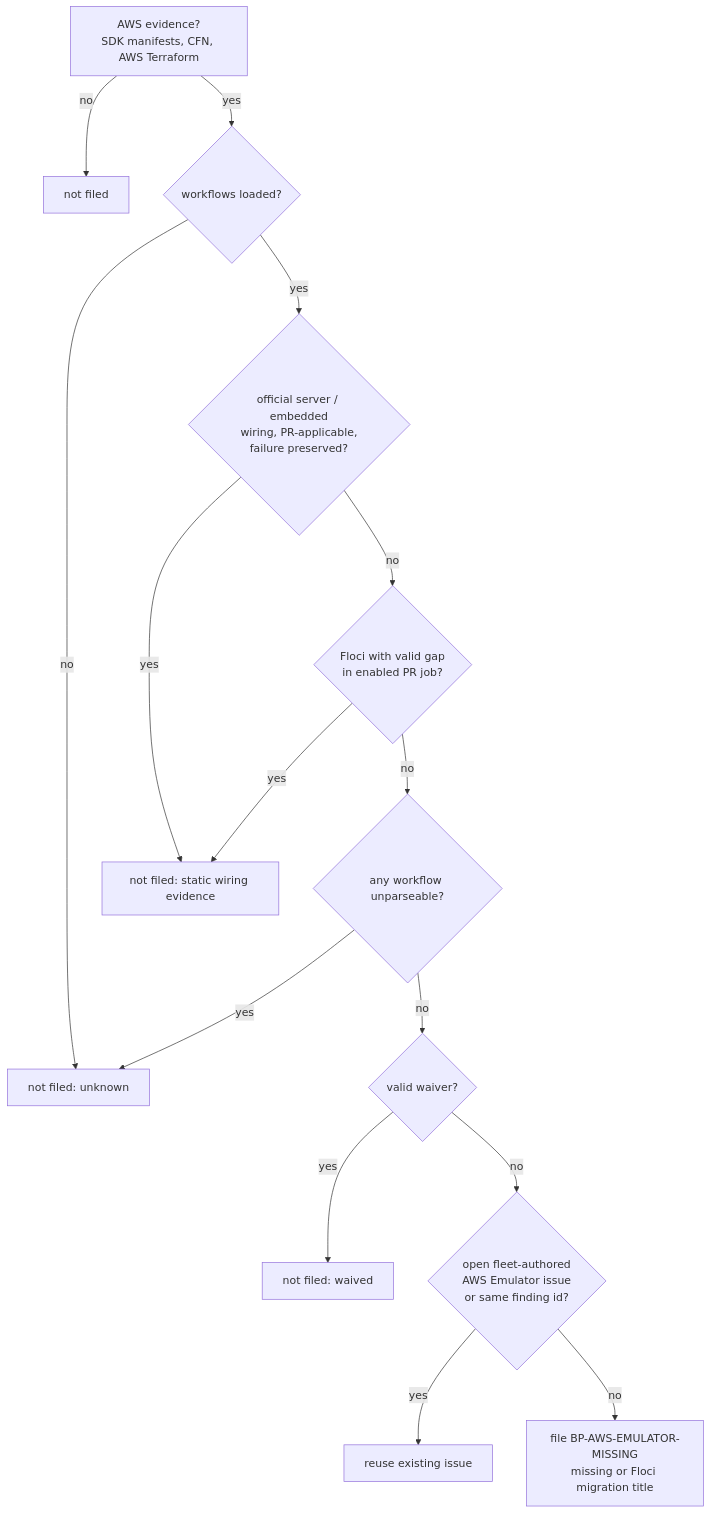
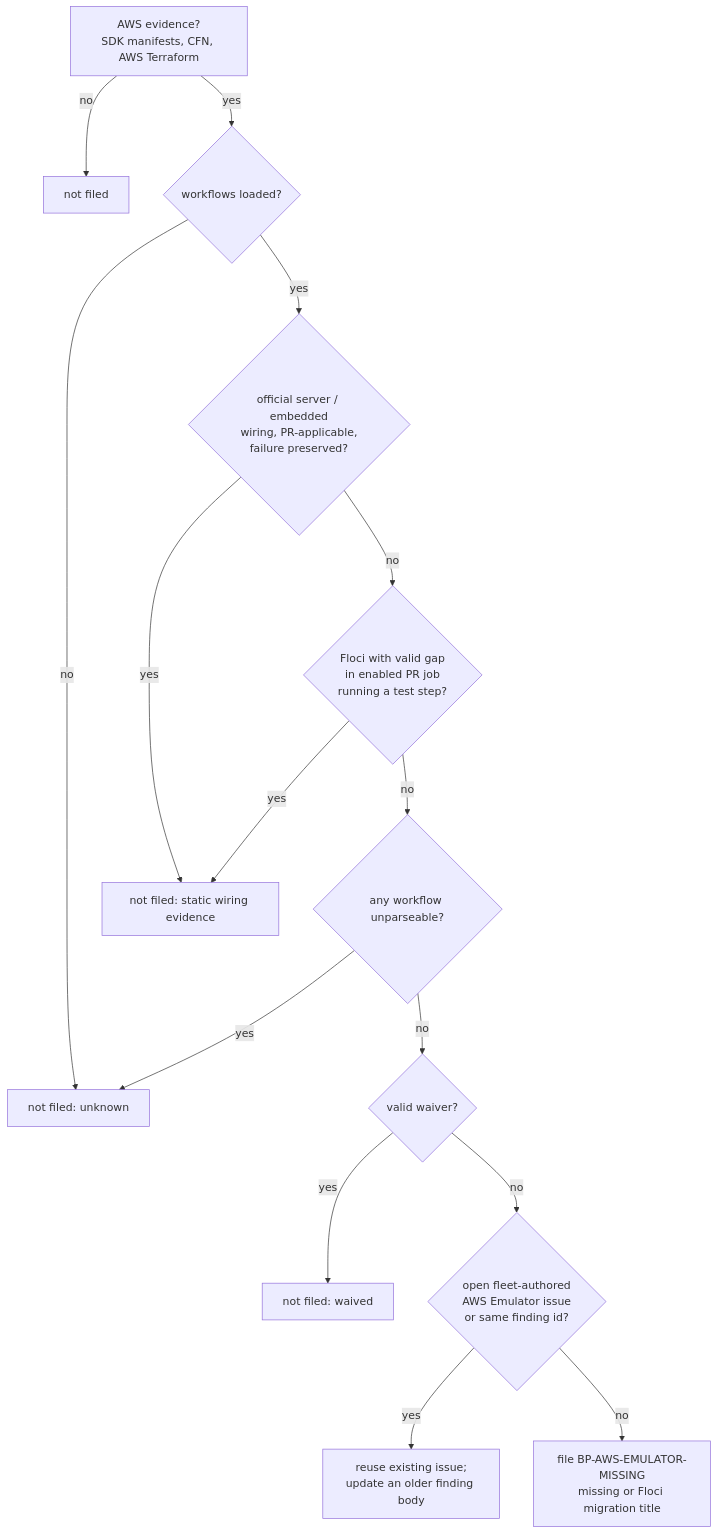
Before and after one commit to stSoftwareAU/VibeCoder: the diagram in docs/archive/pr-summaries/pr-summary-5112.md, drawn with Mermaid. The commit also changed other lines of this file and 7 other files, not shown here.

First line of the commit message:
Address pre-PR verifier: Floci gap needs a failure-preserving test step, explicit-exit idioms, pull_request event if:, .tf size cap, reconcile old findings (Issue #5112)

````diff
--- a/docs/archive/pr-summaries/pr-summary-5112.md
+++ b/docs/archive/pr-summaries/pr-summary-5112.md
@@ -65,17 +80,17 @@
 ```mermaid
 flowchart TD
     A[AWS evidence?<br/>SDK manifests, CFN, AWS Terraform] -- no --> N0[not filed]
     A -- yes --> W{workflows loaded?}
     W -- no --> N1[not filed: unknown]
     W -- yes --> C{official server / embedded<br/>wiring, PR-applicable,<br/>failure preserved?}
     C -- yes --> N2[not filed: static wiring evidence]
-    C -- no --> G{Floci with valid gap<br/>in enabled PR job?}
+    C -- no --> G{Floci with valid gap<br/>in enabled PR job<br/>running a test step?}
     G -- yes --> N2
     G -- no --> U{any workflow unparseable?}
     U -- yes --> N1
     U -- no --> V{valid waiver?}
     V -- yes --> N3[not filed: waived]
     V -- no --> E{open fleet-authored<br/>AWS Emulator issue<br/>or same finding id?}
-    E -- yes --> N4[reuse existing issue]
+    E -- yes --> N4[reuse existing issue;<br/>update an older finding body]
     E -- no --> F[file BP-AWS-EMULATOR-MISSING<br/>missing or Floci migration title]
 ```
````
